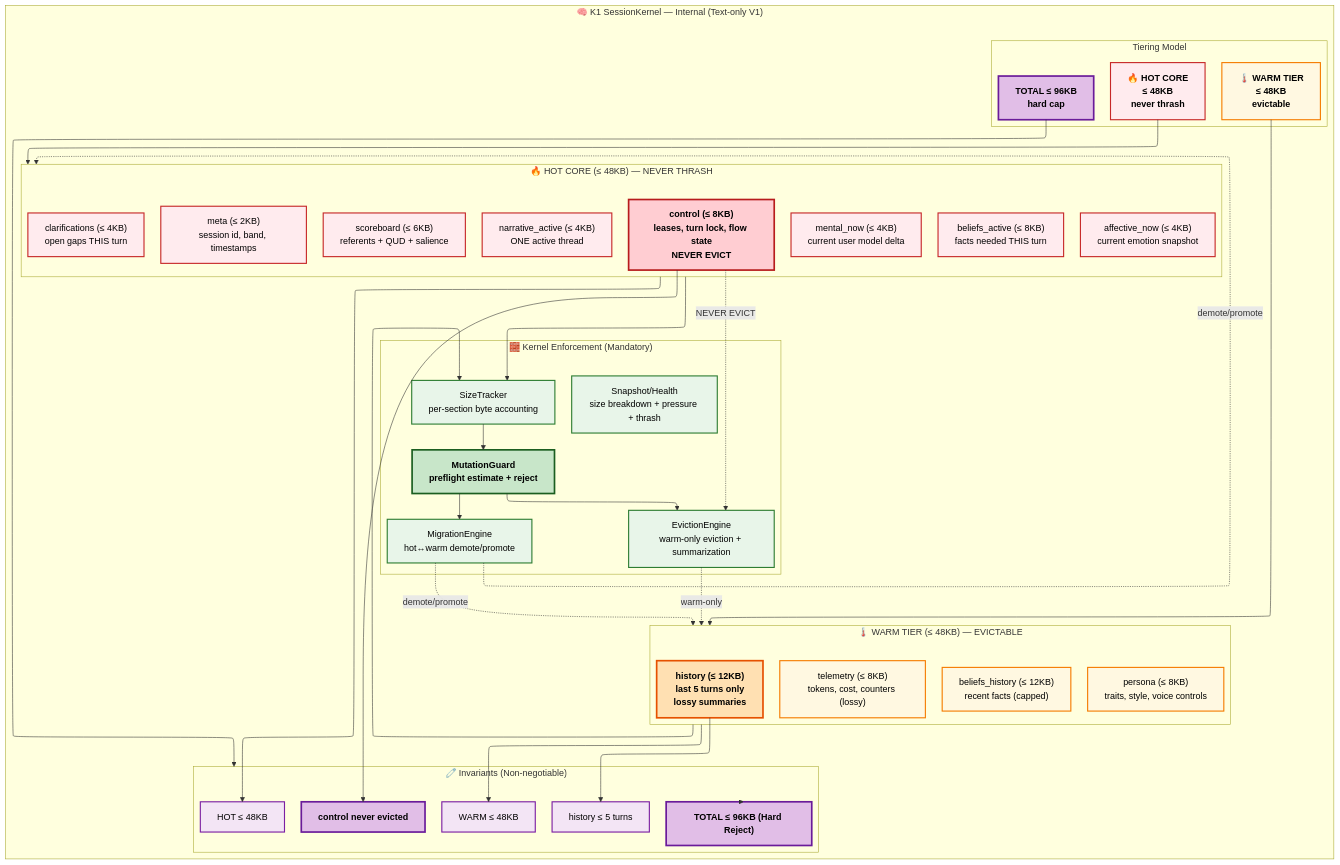
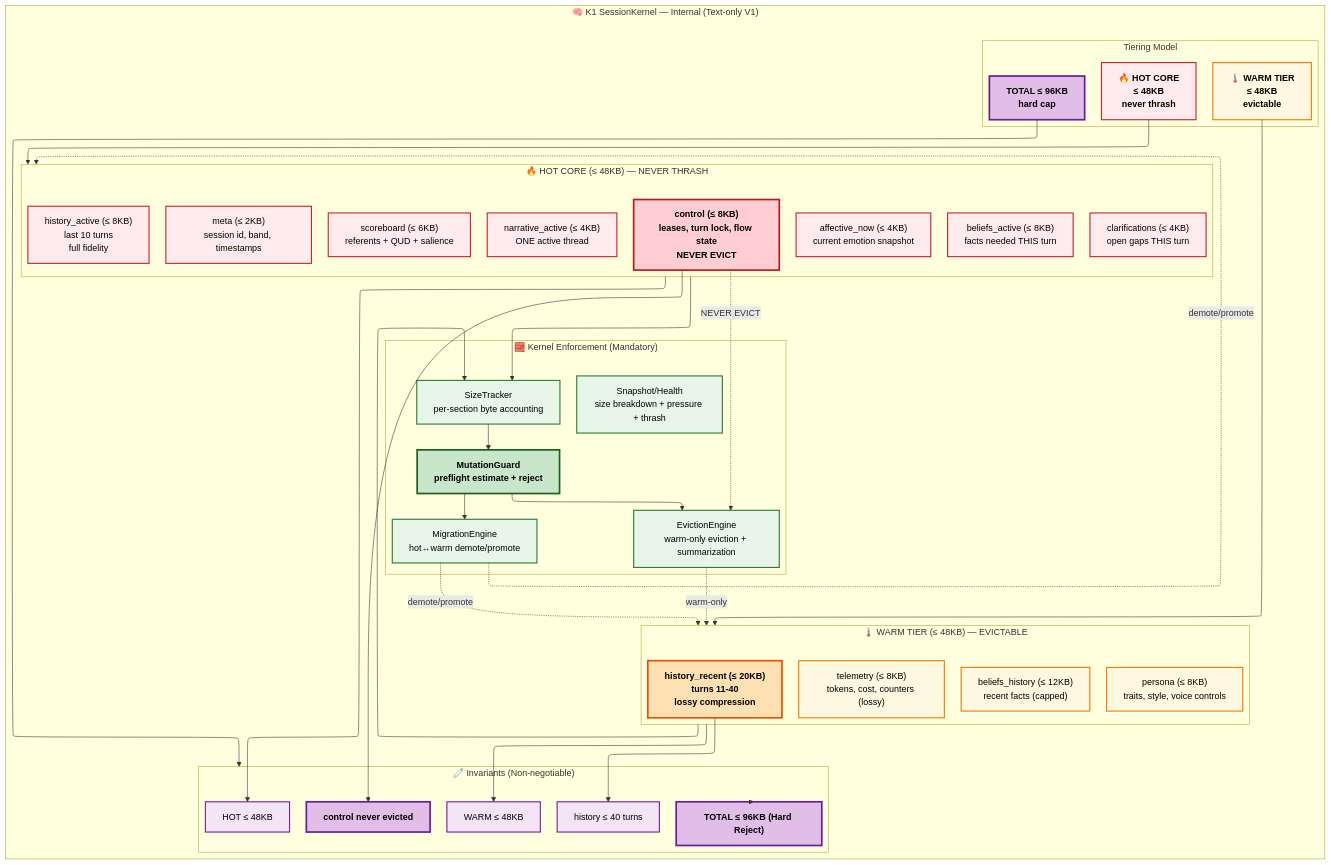
The diagram in k1/sessionstate/sessionstate_internal.mmd (Pkansagra-hub/family-os), drawn with Mermaid before and after one commit. The commit also changed 74 other files, not shown here.

```diff
--- a/k1/sessionstate/sessionstate_internal.mmd
+++ b/k1/sessionstate/sessionstate_internal.mmd
@@ -1,110 +1,110 @@
 ---
 config:
   layout: elk
 ---
 flowchart TB
 
 %% =====================================================================================
 %% SESSION KERNEL (K1) — INTERNAL-ONLY STRUCTURE (DOCS VIEW)
 %% No K0 nodes, no runtime flows. Just the kernel state + invariants + services.
 %% =====================================================================================
 
 subgraph SK["🧠 K1 SessionKernel — Internal (Text-only V1)"]
   direction TB
 
   subgraph TIERS["Tiering Model"]
     direction LR
     T_HOT["🔥 HOT CORE<br/>≤ 48KB<br/>never thrash"]:::tier_hot
     T_WARM["🌡️ WARM TIER<br/>≤ 48KB<br/>evictable"]:::tier_warm
     T_TOTAL["TOTAL ≤ 96KB<br/>hard cap"]:::tier_total
   end
 
   %% ---------------- HOT CORE ----------------
   subgraph HOT["🔥 HOT CORE (≤ 48KB) — NEVER THRASH"]
     direction TB
 
     H_CONTROL["control (≤ 8KB)<br/>leases, turn lock, flow state<br/><b>NEVER EVICT</b>"]:::hot_critical
     H_BELIEFS_ACTIVE["beliefs_active (≤ 8KB)<br/>facts needed THIS turn"]:::hot
     H_SCOREBOARD["scoreboard (≤ 6KB)<br/>referents + QUD + salience"]:::hot
+    H_HISTORY_ACTIVE["history_active (≤ 8KB)<br/>last 10 turns<br/>full fidelity"]:::hot
     H_CLARIFICATIONS["clarifications (≤ 4KB)<br/>open gaps THIS turn"]:::hot
     H_AFFECT_NOW["affective_now (≤ 4KB)<br/>current emotion snapshot"]:::hot
-    H_MENTAL_NOW["mental_now (≤ 4KB)<br/>current user model delta"]:::hot
     H_NARR_ACTIVE["narrative_active (≤ 4KB)<br/>ONE active thread"]:::hot
     H_META["meta (≤ 2KB)<br/>session id, band, timestamps"]:::hot
   end
 
   %% ---------------- WARM TIER ----------------
   subgraph WARM["🌡️ WARM TIER (≤ 48KB) — EVICTABLE"]
     direction TB
 
     W_BELIEFS_HIST["beliefs_history (≤ 12KB)<br/>recent facts (capped)"]:::warm
-    W_HISTORY["history (≤ 12KB)<br/>last 5 turns only<br/>lossy summaries"]:::warm_critical
+    W_HISTORY_RECENT["history_recent (≤ 20KB)<br/>turns 11-40<br/>lossy compression"]:::warm_critical
     W_PERSONA["persona (≤ 8KB)<br/>traits, style, voice controls"]:::warm
     W_TELEMETRY["telemetry (≤ 8KB)<br/>tokens, cost, counters (lossy)"]:::warm
   end
 
   %% ---------------- KERNEL ENFORCEMENT ----------------
   subgraph SVC["🧱 Kernel Enforcement (Mandatory)"]
     direction TB
 
     SIZE_TRACKER["SizeTracker<br/>per-section byte accounting"]:::svc
     MUTATION_GUARD["MutationGuard<br/>preflight estimate + reject"]:::svc_critical
     EVICTION_ENGINE["EvictionEngine<br/>warm-only eviction + summarization"]:::svc
     MIGRATION_ENGINE["MigrationEngine<br/>hot↔warm demote/promote"]:::svc
     SNAPSHOT_HEALTH["Snapshot/Health<br/>size breakdown + pressure + thrash"]:::svc
   end
 
   %% ---------------- INVARIANTS ----------------
   subgraph INVAR["🧷 Invariants (Non-negotiable)"]
     direction TB
     I_HOT["HOT ≤ 48KB"]:::inv
     I_WARM["WARM ≤ 48KB"]:::inv
     I_TOTAL["TOTAL ≤ 96KB (Hard Reject)"]:::inv_critical
     I_CTRL["control never evicted"]:::inv_critical
-    I_HIST["history ≤ 5 turns"]:::inv
+    I_HIST["history ≤ 40 turns"]:::inv
   end
 end
 
 %% ---------------- Connections (Internal Logic) ----------------
 T_HOT --> HOT
 T_WARM --> WARM
 T_TOTAL --> INVAR
 
 HOT --> SIZE_TRACKER
 WARM --> SIZE_TRACKER
 
 SIZE_TRACKER --> MUTATION_GUARD
 MUTATION_GUARD --> MIGRATION_ENGINE
 MUTATION_GUARD --> EVICTION_ENGINE
 
 EVICTION_ENGINE -.->|warm-only| WARM
 MIGRATION_ENGINE -.->|demote/promote| HOT
 MIGRATION_ENGINE -.->|demote/promote| WARM
 
 H_CONTROL -.->|NEVER EVICT| EVICTION_ENGINE
 
-W_HISTORY --> I_HIST
+W_HISTORY_RECENT --> I_HIST
 HOT --> I_HOT
 WARM --> I_WARM
 SK --> I_TOTAL
 H_CONTROL --> I_CTRL
 
 %% =====================================================================================
 %% STYLES
 %% =====================================================================================
 
 classDef tier_hot fill:#ffebee,stroke:#c62828,stroke-width:2px,color:#000,font-weight:bold
 classDef tier_warm fill:#fff8e1,stroke:#f57c00,stroke-width:2px,color:#000,font-weight:bold
 classDef tier_total fill:#e1bee7,stroke:#6a1b9a,stroke-width:3px,color:#000,font-weight:bold
 
 classDef hot fill:#ffebee,stroke:#c62828,stroke-width:2px,color:#000
 classDef hot_critical fill:#ffcdd2,stroke:#b71c1c,stroke-width:3px,color:#000,font-weight:bold
 
 classDef warm fill:#fff8e1,stroke:#f57c00,stroke-width:2px,color:#000
 classDef warm_critical fill:#ffe0b2,stroke:#e65100,stroke-width:3px,color:#000,font-weight:bold
 
 classDef svc fill:#e8f5e9,stroke:#2e7d32,stroke-width:2px,color:#000
 classDef svc_critical fill:#c8e6c9,stroke:#1b5e20,stroke-width:3px,color:#000,font-weight:bold
 
 classDef inv fill:#f3e5f5,stroke:#7b1fa2,stroke-width:2px,color:#000
 classDef inv_critical fill:#e1bee7,stroke:#6a1b9a,stroke-width:3px,color:#000,font-weight:bold
```
